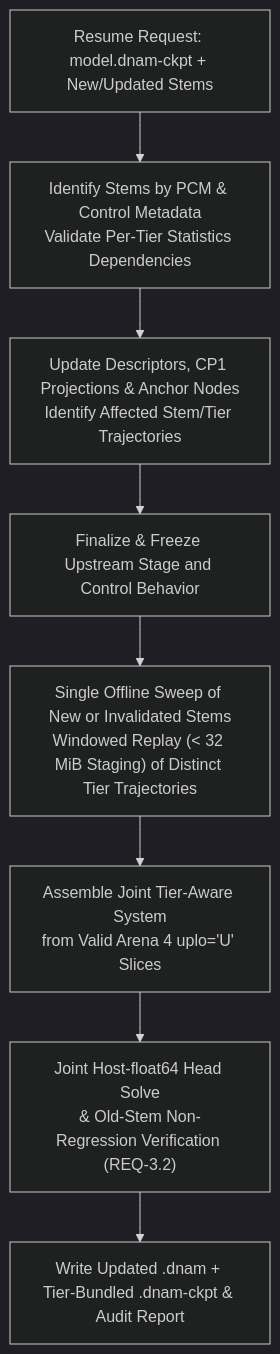
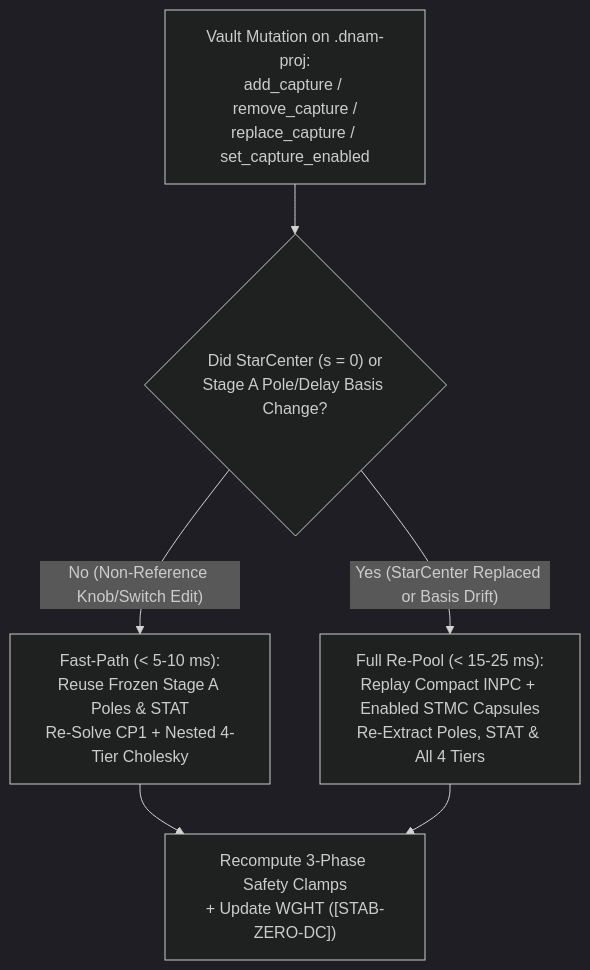
One commit to dnam-project/dnam changed the diagram in docs/specs/training/iterative_resume_and_caching.md. Above: the diagram before and after it, drawn with Mermaid (dark theme). The commit also changed other lines of this file and 232 other files, not shown here.

````diff
--- a/docs/specs/training/iterative_resume_and_caching.md
+++ b/docs/specs/training/iterative_resume_and_caching.md
@@ -34,10 +31,8 @@
 ```mermaid
 flowchart TD
-    In["Resume Request: model.dnam-ckpt + New/Updated Stems"] --> Dedup["Identify Stems by PCM & Control Metadata<br/>Validate Per-Tier Statistics Dependencies"]
-    Dedup --> Plan["Update Descriptors, CP1 Projections & Anchor Nodes<br/>Identify Affected Stem/Tier Trajectories"]
-    Plan --> Freeze["Finalize & Freeze Upstream Stage and Control Behavior"]
-    Freeze --> EvalNew["Single Offline Sweep of New or Invalidated Stems<br/>Windowed Replay (< 32 MiB Staging) of Distinct Tier Trajectories"]
-    EvalNew --> Reassemble["Assemble Joint Tier-Aware System<br/>from Valid Arena 4 uplo='U' Slices"]
-    Reassemble --> T1["Joint Host-float64 Head Solve<br/>& Old-Stem Non-Regression Verification (REQ-3.2)"]
-    T1 --> Out["Write Updated .dnam + Tier-Bundled .dnam-ckpt & Audit Report"]
+    Edit["Vault Mutation on .dnam-proj:<br/>add_capture / remove_capture /<br/>replace_capture / set_capture_enabled"] --> Gate{"Did StarCenter (s = 0) or<br/>Stage A Pole/Delay Basis Change?"}
+    Gate -- "No (Non-Reference Knob/Switch Edit)" --> Fast["Fast-Path (< 5-10 ms):<br/>Reuse Frozen Stage A Poles & STAT<br/>Re-Solve CP1 + Nested 4-Tier Cholesky"]
+    Gate -- "Yes (StarCenter Replaced or Basis Drift)" --> Full["Full Re-Pool (< 15-25 ms):<br/>Replay Compact INPC + Enabled STMC Capsules<br/>Re-Extract Poles, STAT & All 4 Tiers"]
+    Fast --> Audit["Recompute 3-Phase Safety Clamps<br/>+ Update WGHT ([STAB-ZERO-DC])"]
+    Full --> Audit
 ```
````
